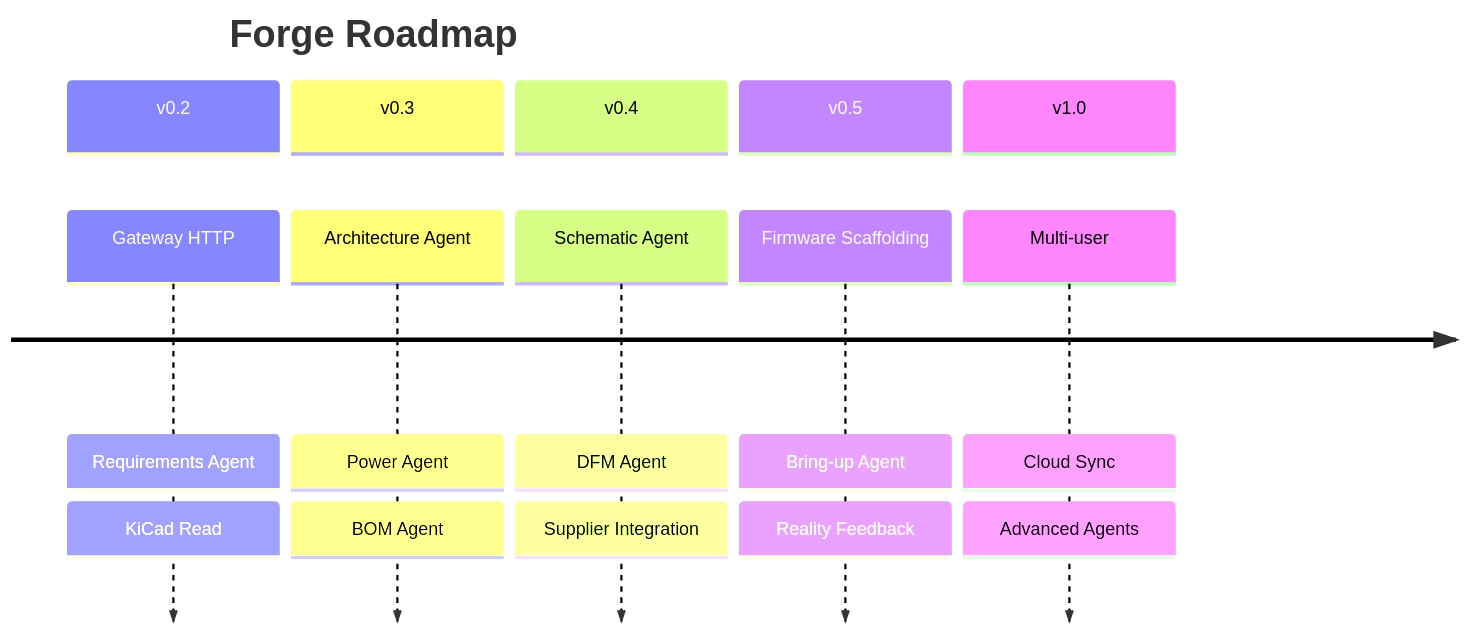
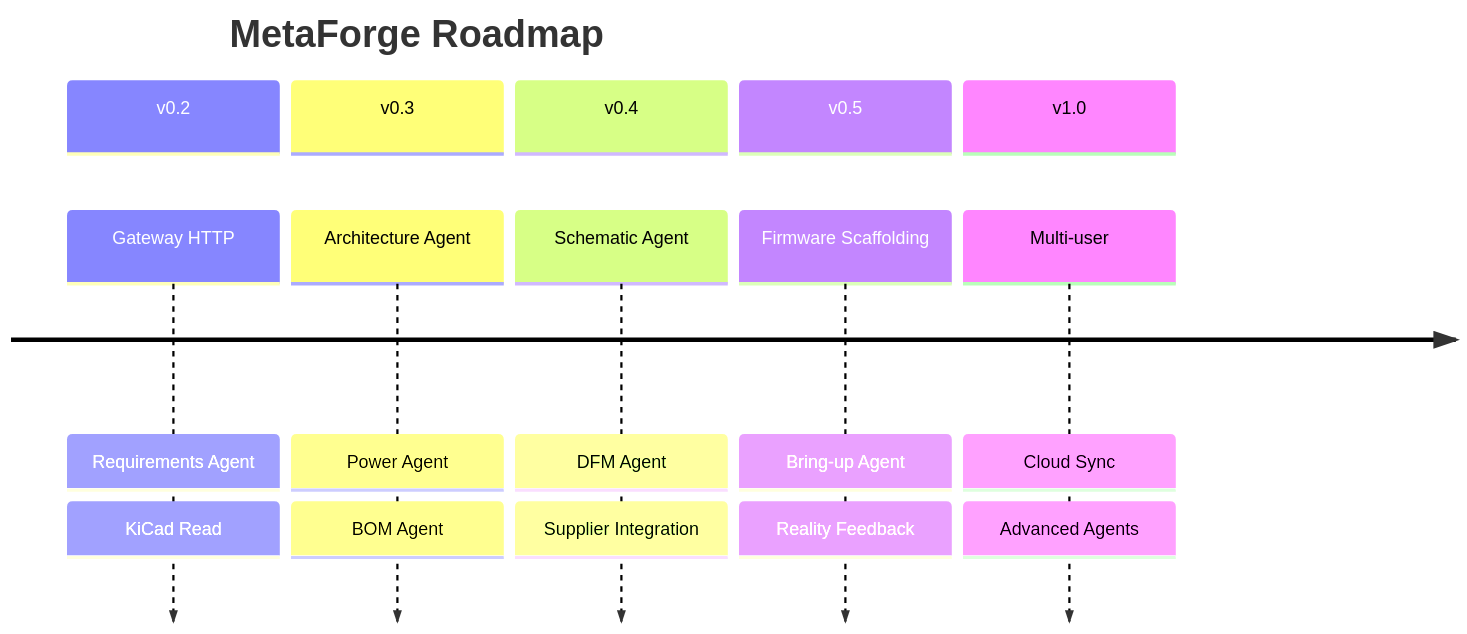
Before and after one commit to FidelOdok/MetaForge-Planner: diagram 20 of 20 in docs/architecture.md, drawn with Mermaid. The commit also changed other lines of this file and 25 other files, not shown here.

First line of the commit message:
refactor: rename project from Forge to MetaForge

````diff
--- a/docs/architecture.md
+++ b/docs/architecture.md
@@ -1010,14 +1010,14 @@
 ```mermaid
 timeline
-    title Forge Roadmap
+    title MetaForge Roadmap
     section v0.2
         Gateway HTTP : Requirements Agent : KiCad Read
     section v0.3
         Architecture Agent : Power Agent : BOM Agent
     section v0.4
         Schematic Agent : DFM Agent : Supplier Integration
     section v0.5
         Firmware Scaffolding : Bring-up Agent : Reality Feedback
     section v1.0
         Multi-user : Cloud Sync : Advanced Agents
 ```
````
